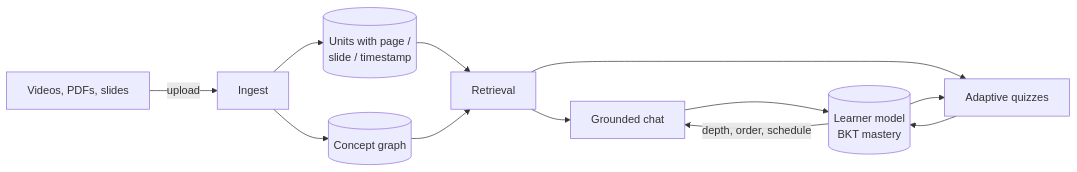
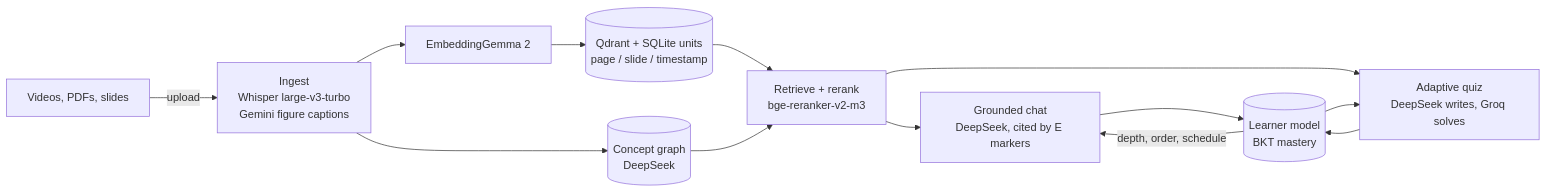
One commit to Aryan1092raj/Loopers changed the first of 4 diagrams in README.md. Above: the diagram before and after it, drawn with Mermaid. The commit also changed other lines of this file, not shown here.

````diff
--- a/README.md
+++ b/README.md
@@ -11,14 +27,14 @@
 ```mermaid
 flowchart LR
-    S[Videos, PDFs, slides] -->|upload| I[Ingest]
-    I --> KB[(Units with page /<br/>slide / timestamp)]
-    I --> CG[(Concept graph)]
-    KB --> R[Retrieval]
+    S[Videos, PDFs, slides] -->|upload| I[Ingest<br/>Whisper large-v3-turbo<br/>Gemini figure captions]
+    I --> E[EmbeddingGemma 2] --> KB[(Qdrant + SQLite units<br/>page / slide / timestamp)]
+    I --> CG[(Concept graph<br/>DeepSeek)]
+    KB --> R[Retrieve + rerank<br/>bge-reranker-v2-m3]
     CG --> R
-    R --> Chat[Grounded chat]
-    R --> Quiz[Adaptive quizzes]
+    R --> Chat[Grounded chat<br/>DeepSeek, cited by E markers]
+    R --> Quiz[Adaptive quiz<br/>DeepSeek writes, Groq solves]
     Chat --> LM[(Learner model<br/>BKT mastery)]
     Quiz --> LM
     LM -->|depth, order, schedule| Chat
     LM --> Quiz
 ```
````
